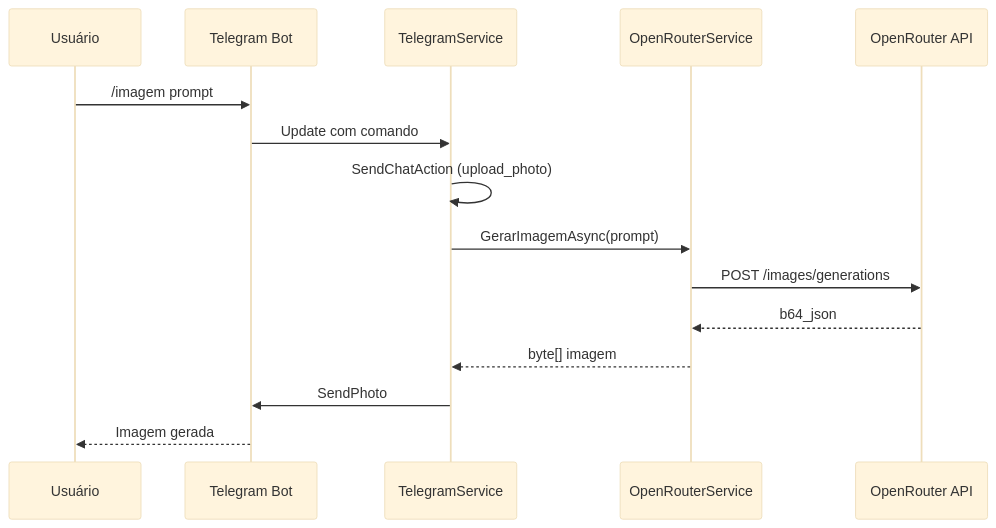
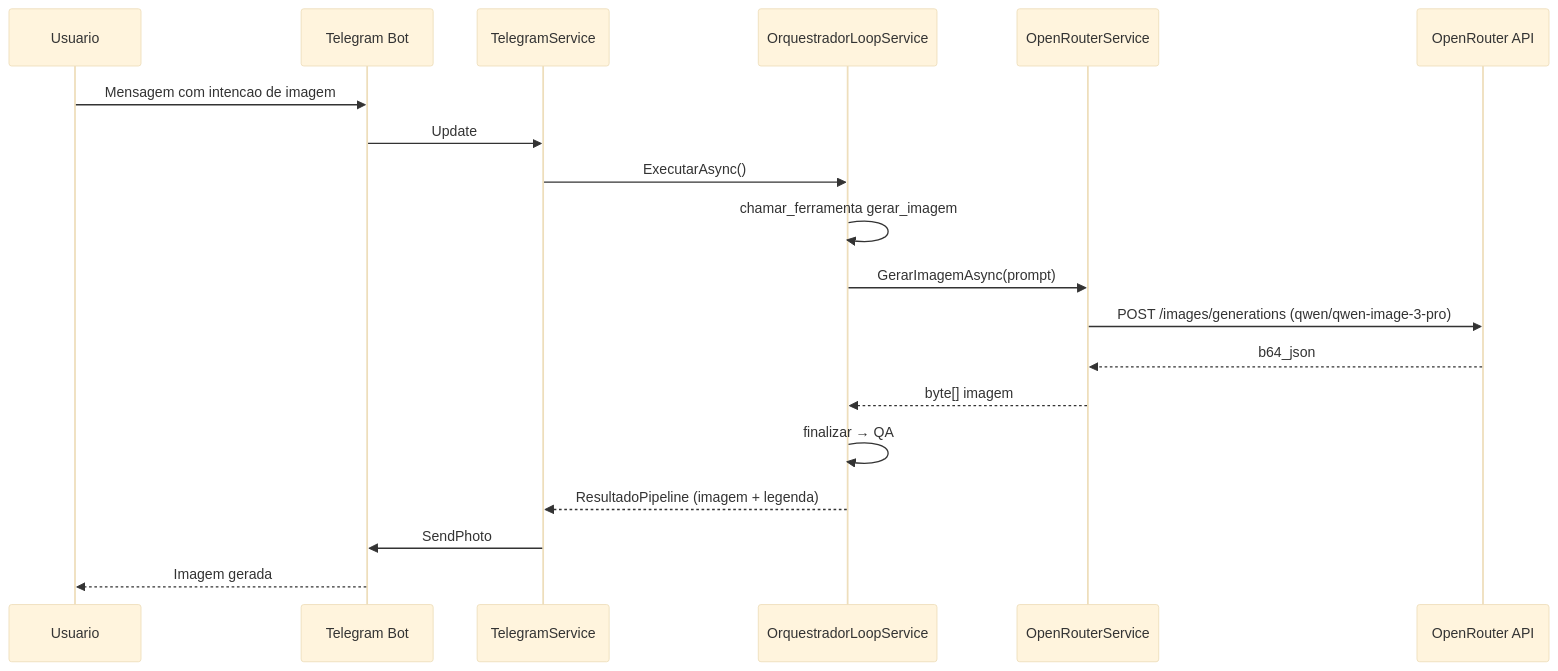
Before and after one commit to joaopedro-marques/suspira.fluxo.demo: the ninth of 16 diagrams in docs/ARCHITECTURE.md, drawn with Mermaid (base theme). The commit also changed other lines of this file, not shown here.

Commit message:
docs: reescrever ARCHITECTURE.md refletindo loop de orquestracao atual

````diff
--- a/docs/ARCHITECTURE.md
+++ b/docs/ARCHITECTURE.md
@@ -311,18 +348,22 @@
 ```mermaid
 sequenceDiagram
-    participant U as Usuário
+    participant U as Usuario
     participant T as Telegram Bot
     participant TS as TelegramService
+    participant OL as OrquestradorLoopService
     participant OR as OpenRouterService
     participant ORAPI as OpenRouter API
     
-    U->>T: /imagem prompt
-    T->>TS: Update com comando
-    TS->>TS: SendChatAction (upload_photo)
-    TS->>OR: GerarImagemAsync(prompt)
-    OR->>ORAPI: POST /images/generations
+    U->>T: Mensagem com intencao de imagem
+    T->>TS: Update
+    TS->>OL: ExecutarAsync()
+    OL->>OL: chamar_ferramenta gerar_imagem
+    OL->>OR: GerarImagemAsync(prompt)
+    OR->>ORAPI: POST /images/generations (qwen/qwen-image-3-pro)
     ORAPI-->>OR: b64_json
-    OR-->>TS: byte[] imagem
+    OR-->>OL: byte[] imagem
+    OL->>OL: finalizar → QA
+    OL-->>TS: ResultadoPipeline (imagem + legenda)
     TS->>T: SendPhoto
     T-->>U: Imagem gerada
 ```
````
